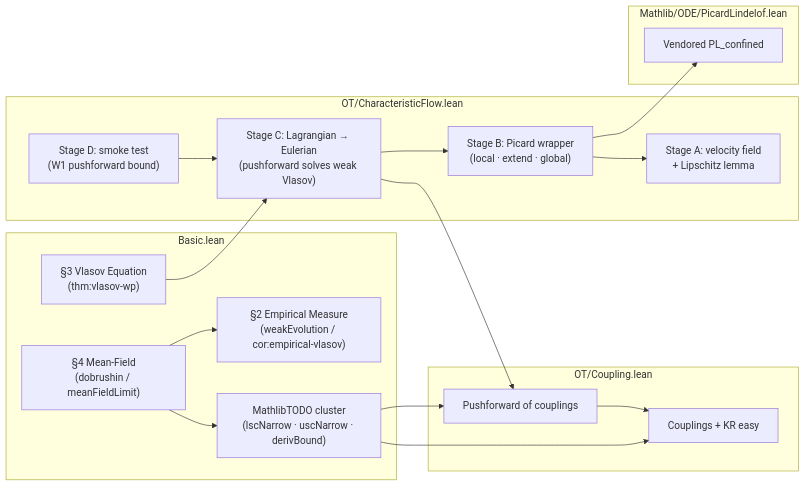
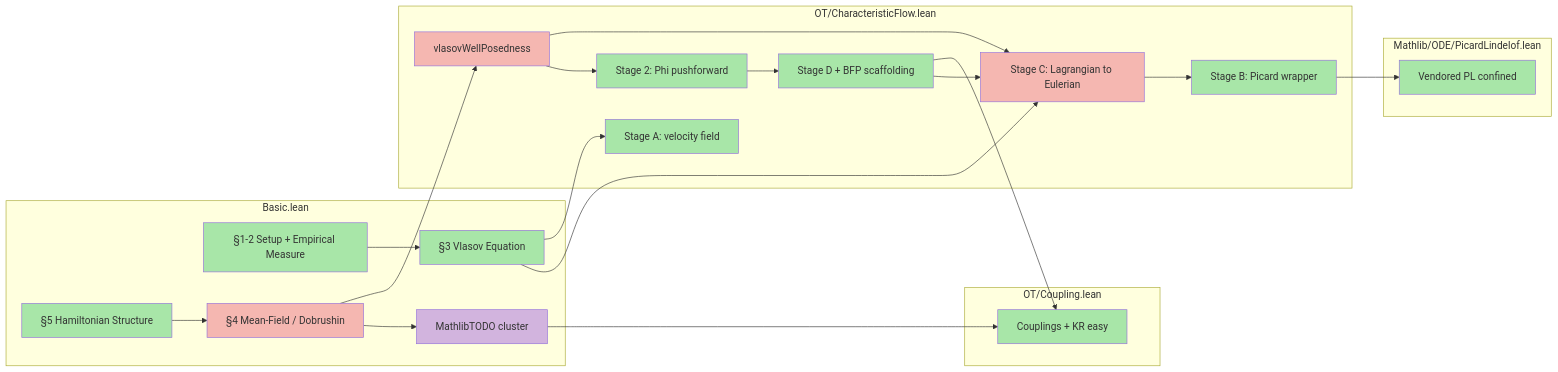
Before and after one commit to Hydrodynamical/Vlasov_Meanfield_Formalization: the diagram in Vlasov/formalize/codebase-outline.md, drawn with Mermaid. The commit also changed other lines of this file and 1 other file, not shown here.

First line of the commit message:
docs: L7/L8 + outline refresh after Stage 1.9 + 2a

````diff
--- a/Vlasov/formalize/codebase-outline.md
+++ b/Vlasov/formalize/codebase-outline.md
@@ -13,34 +13,56 @@
 ```mermaid
 flowchart LR
     subgraph Basic["Basic.lean"]
-        S2["§2 Empirical Measure<br/>(weakEvolution / cor:empirical-vlasov)"]
-        S3["§3 Vlasov Equation<br/>(thm:vlasov-wp)"]
-        S4["§4 Mean-Field<br/>(dobrushin / meanFieldLimit)"]
-        MTC["MathlibTODO cluster<br/>(lscNarrow · uscNarrow · derivBound)"]
-    end
-    subgraph Coupling["OT/Coupling.lean"]
-        CKR["Couplings + KR easy"]
-        CPF["Pushforward of couplings"]
-    end
-    subgraph CharFlow["OT/CharacteristicFlow.lean"]
-        SA["Stage A: velocity field<br/>+ Lipschitz lemma"]
-        SB["Stage B: Picard wrapper<br/>(local · extend · global)"]
-        SC["Stage C: Lagrangian → Eulerian<br/>(pushforward solves weak Vlasov)"]
-        SD["Stage D: smoke test<br/>(W1 pushforward bound)"]
-    end
-    subgraph PL["Mathlib/ODE/PicardLindelof.lean"]
-        VPL["Vendored PL_confined"]
+        B1["§1-2 Setup + Empirical Measure"]
+        B2["§3 Vlasov Equation"]
+        B3["§4 Mean-Field / Dobrushin"]
+        B4["§5 Hamiltonian Structure"]
+        MT["MathlibTODO cluster"]
     end
 
-    SB --> VPL
-    SB --> SA
-    SC --> SB
-    SD --> SC
-    S3 --> SC
-    S4 --> MTC
-    S4 --> S2
-    MTC --> CKR
-    MTC --> CPF
-    SC --> CPF
-    CPF --> CKR
+    subgraph Coupling["OT/Coupling.lean"]
+        CK["Couplings + KR easy"]
+    end
+
+    subgraph CF["OT/CharacteristicFlow.lean"]
+        StA["Stage A: velocity field"]
+        StB["Stage B: Picard wrapper"]
+        StC["Stage C: Lagrangian to Eulerian"]
+        StD["Stage D + BFP scaffolding"]
+        StE["Stage 2: Phi pushforward"]
+        WP["vlasovWellPosedness"]
+    end
+
+    subgraph PL["Mathlib/ODE/PicardLindelof.lean"]
+        VPL["Vendored PL confined"]
+    end
+
+    StB --> VPL
+    StC --> StB
+    StD --> StC
+    StD --> CK
+    StE --> StD
+    WP --> StE
+    WP --> StC
+    B2 --> StC
+    B2 --> StA
+    B3 --> MT
+    MT --> CK
+    B3 --> WP
+    B4 --> B3
+    B1 --> B2
+
+    style B1 fill:#a8e6a8
+    style B2 fill:#a8e6a8
+    style B3 fill:#f5b7b1
+    style B4 fill:#a8e6a8
+    style MT fill:#d2b4de
+    style CK fill:#a8e6a8
+    style StA fill:#a8e6a8
+    style StB fill:#a8e6a8
+    style StC fill:#f5b7b1
+    style StD fill:#a8e6a8
+    style StE fill:#a8e6a8
+    style WP fill:#f5b7b1
+    style VPL fill:#a8e6a8
 ```
````
